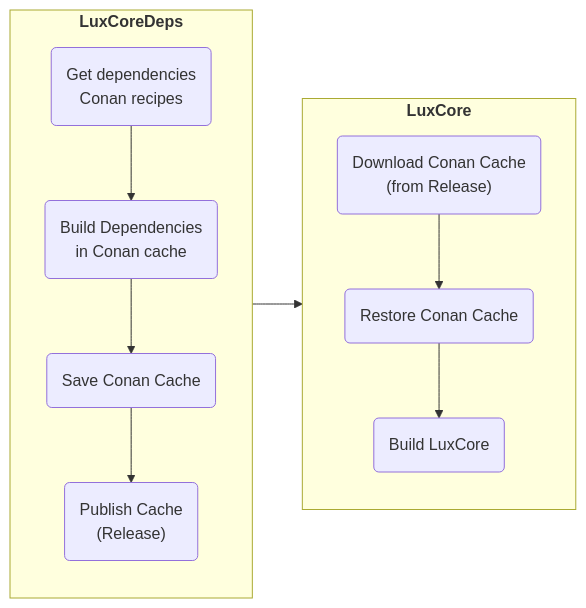
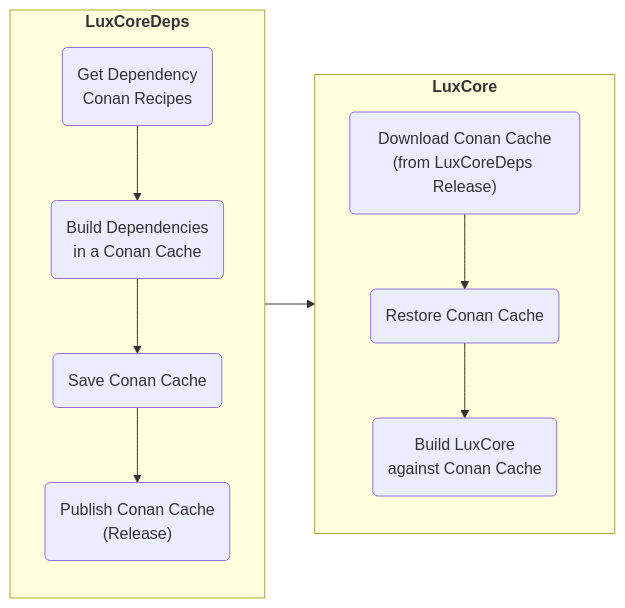
Before and after one commit to LuxCoreRender/LuxCoreDeps: the diagram in README.md, drawn with Mermaid. The commit also changed other lines of this file, not shown here.

````diff
--- a/README.md
+++ b/README.md
@@ -29,20 +32,20 @@
 ```mermaid
 flowchart LR
 
   subgraph Deps ["`**LuxCoreDeps**`"]
   direction TB
-  GetDeps("Get dependencies<br />Conan recipes")
-  --> BuildDeps(Build Dependencies<br /> in Conan cache)
+  GetDeps("Get Dependency<br />Conan Recipes")
+  --> BuildDeps(Build Dependencies<br /> in a Conan Cache)
   --> Save(Save Conan Cache)
-  --> Publish("Publish Cache<br />(Release)");
+  --> Publish("Publish Conan Cache<br />(Release)");
   end
 
   subgraph Core ["`**LuxCore**`"]
   direction TB
-  Download("Download Conan Cache<br />(from Release)")
+  Download("Download Conan Cache<br />(from LuxCoreDeps Release)")
   --> Restore(Restore Conan Cache)
-  --> BuildLux(Build LuxCore);
+  --> BuildLux(Build LuxCore<br />against Conan Cache);
   end
 
   Deps --> Core
 ```
````
